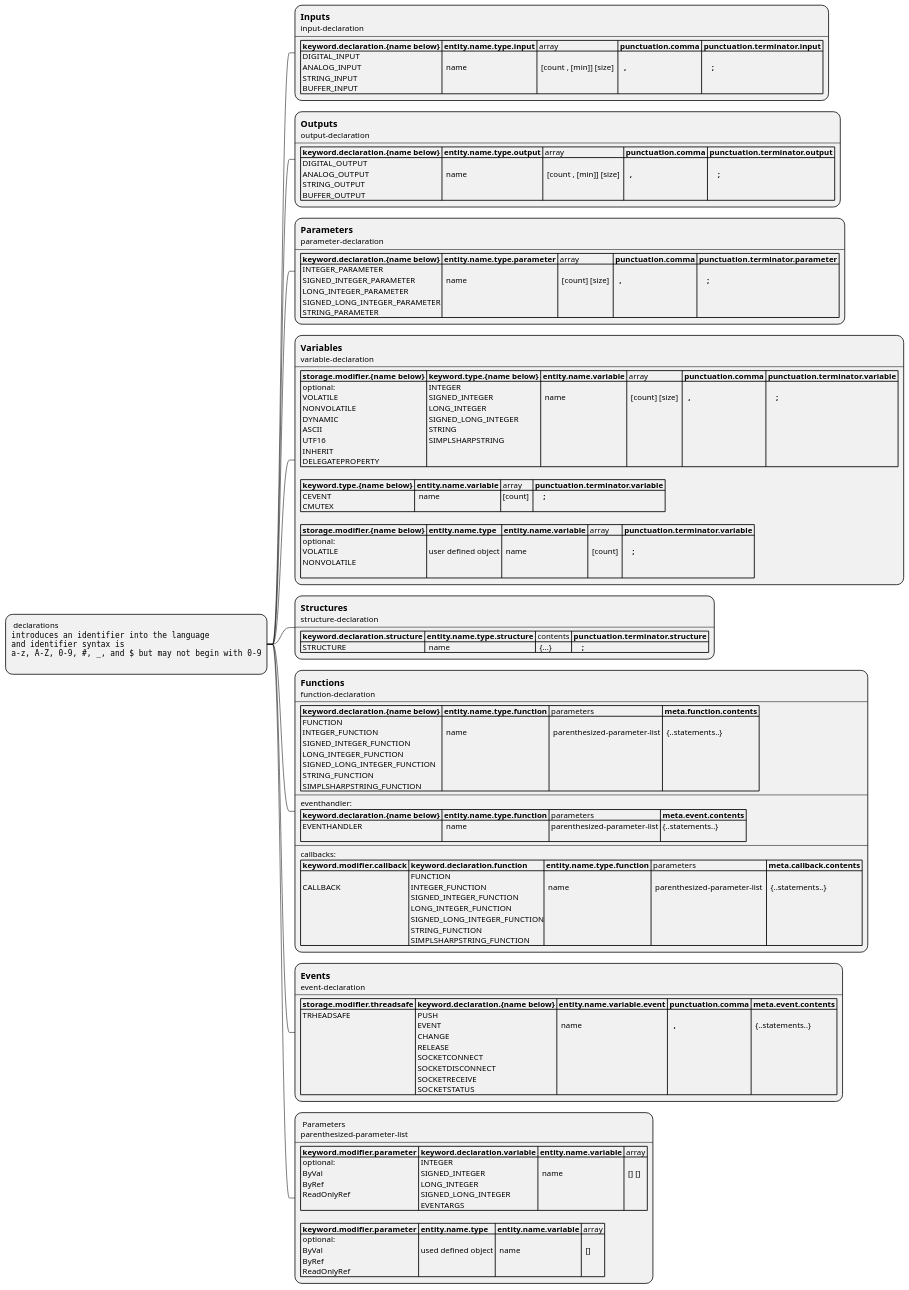
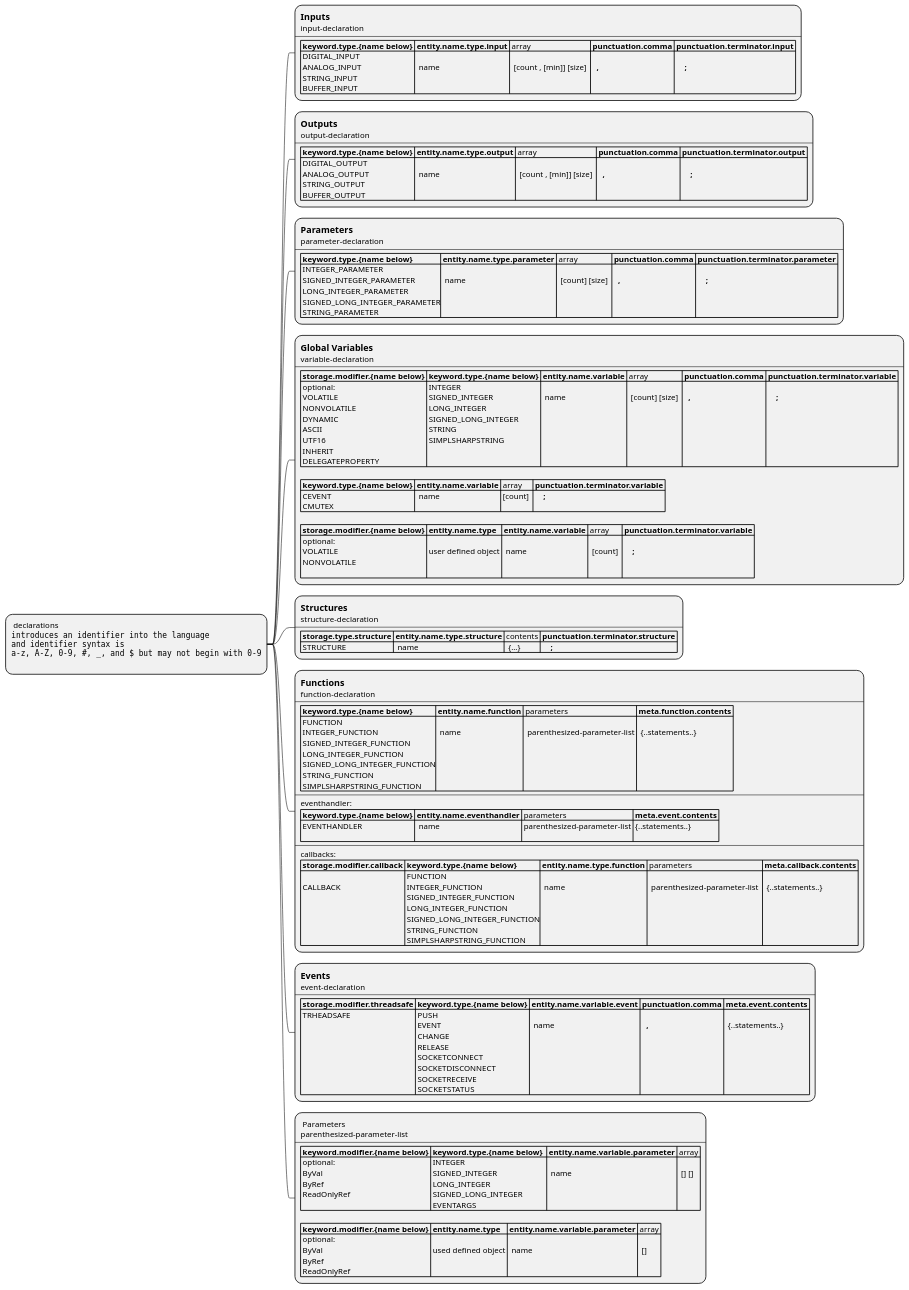
One commit to alvaroyurrita/vscode-crestron-splus changed the diagram in UML/simpl-plus-syntax-mindmap/declarations.puml. Above: the diagram before and after it, drawn with PlantUML. The commit also changed 12 other files, not shown here.

```diff
--- a/UML/simpl-plus-syntax-mindmap/declarations.puml
+++ b/UML/simpl-plus-syntax-mindmap/declarations.puml
@@ -1,78 +1,78 @@
 @startmindmap
 *: declarations
 <code>
 introduces an identifier into the language
 and identifier syntax is
 a-z, A-Z, 0-9, #, _, and $ but may not begin with 0-9
 </code>
 ;
 
 **:== Inputs
 input-declaration
 ----
-|= keyword.declaration.{name below} |= entity.name.type.input | array |= punctuation.comma |= punctuation.terminator.input |
+|= keyword.type.{name below} |= entity.name.type.input | array |= punctuation.comma |= punctuation.terminator.input |
 | DIGITAL_INPUT\n ANALOG_INPUT\n STRING_INPUT\n BUFFER_INPUT |  \n  name  | \n  [count , [min]] [size]  |= \n   , |=  \n     ; |;
 **:== Outputs
 output-declaration
 ----
-|= keyword.declaration.{name below} |= entity.name.type.output | array |= punctuation.comma |= punctuation.terminator.output |
+|= keyword.type.{name below} |= entity.name.type.output | array |= punctuation.comma |= punctuation.terminator.output |
 | DIGITAL_OUTPUT\n ANALOG_OUTPUT\n STRING_OUTPUT\n BUFFER_OUTPUT |  \n  name | \n  [count , [min]] [size]  |= \n   , |=  \n     ; |;
 
 **:== Parameters
 parameter-declaration
 ----
-|= keyword.declaration.{name below} |= entity.name.type.parameter | array |= punctuation.comma |= punctuation.terminator.parameter |
+|= keyword.type.{name below} |= entity.name.type.parameter | array |= punctuation.comma |= punctuation.terminator.parameter |
 | INTEGER_PARAMETER\n SIGNED_INTEGER_PARAMETER\n LONG_INTEGER_PARAMETER\n SIGNED_LONG_INTEGER_PARAMETER\n STRING_PARAMETER  |  \n  name | \n  [count] [size]  |= \n   ,|=  \n     ; |;
 
-**:== Variables
+**:== Global Variables
 variable-declaration
 ----
 |= storage.modifier.{name below} |= keyword.type.{name below} |= entity.name.variable | array |= punctuation.comma |= punctuation.terminator.variable |
 | optional:\n VOLATILE\n NONVOLATILE\n DYNAMIC \n ASCII\n UTF16\n INHERIT\n DELEGATEPROPERTY | INTEGER\n SIGNED_INTEGER\n LONG_INTEGER\n SIGNED_LONG_INTEGER\n STRING\n SIMPLSHARPSTRING|  \n  name | \n  [count] [size]  |= \n   ,|=  \n     ; |
 
 |= keyword.type.{name below} |= entity.name.variable | array |= punctuation.terminator.variable |
 | CEVENT\n CMUTEX |  name  | [count]  |=     ; |
 
 |= storage.modifier.{name below} |= entity.name.type |= entity.name.variable | array |= punctuation.terminator.variable |
 | optional:\n VOLATILE\n NONVOLATILE\n | \n user defined object |  \n  name | \n  [count]  |=  \n     ; |;
 
 
 
 **:== Structures
 structure-declaration
 ----
-|= keyword.declaration.structure |= entity.name.type.structure | contents |= punctuation.terminator.structure |
+|= storage.type.structure |= entity.name.type.structure | contents |= punctuation.terminator.structure |
 | STRUCTURE |  name  |  {...} |=     ; |;
 
 **:== Functions
 function-declaration
 ----
-|= keyword.declaration.{name below} |= entity.name.type.function | parameters |= meta.function.contents |
+|= keyword.type.{name below} |= entity.name.function | parameters |= meta.function.contents |
 | FUNCTION\n INTEGER_FUNCTION\n SIGNED_INTEGER_FUNCTION\n LONG_INTEGER_FUNCTION\n SIGNED_LONG_INTEGER_FUNCTION\n STRING_FUNCTION \n SIMPLSHARPSTRING_FUNCTION  |  \n  name | \n  parenthesized-parameter-list | \n  {..statements..}  |
 ----
 eventhandler:
-|= keyword.declaration.{name below} |= entity.name.type.function | parameters |= meta.event.contents |
+|= keyword.type.{name below} |= entity.name.eventhandler | parameters |= meta.event.contents |
 | EVENTHANDLER\n   |  name | parenthesized-parameter-list | {..statements..}  |
 ----
 callbacks:
-|= keyword.modifier.callback |= keyword.declaration.function |= entity.name.type.function | parameters |= meta.callback.contents |
+|= storage.modifier.callback |= keyword.type.{name below} |= entity.name.type.function | parameters |= meta.callback.contents |
 | \n CALLBACK  | FUNCTION\n INTEGER_FUNCTION\n SIGNED_INTEGER_FUNCTION\n LONG_INTEGER_FUNCTION\n SIGNED_LONG_INTEGER_FUNCTION\n STRING_FUNCTION \n SIMPLSHARPSTRING_FUNCTION | \n  name | \n  parenthesized-parameter-list  | \n  {..statements..}  |;
 
 **:== Events
 event-declaration
 ----
-|= storage.modifier.threadsafe |= keyword.declaration.{name below} |= entity.name.variable.event |= punctuation.comma |= meta.event.contents |
+|= storage.modifier.threadsafe |= keyword.type.{name below} |= entity.name.variable.event |= punctuation.comma |= meta.event.contents |
 | TRHEADSAFE | PUSH\n EVENT\n CHANGE\n RELEASE\n SOCKETCONNECT\n SOCKETDISCONNECT \n SOCKETRECEIVE \n SOCKETSTATUS  |  \n  name |= \n   ,| \n  {..statements..}  |;
 
 
 
 **: Parameters
 parenthesized-parameter-list
 ----
-|= keyword.modifier.parameter |= keyword.declaration.variable |= entity.name.variable | array |
+|= keyword.modifier.{name below} |= keyword.type.{name below}  |= entity.name.variable.parameter | array |
 | optional:\n ByVal\n ByRef\n ReadOnlyRef | INTEGER\n SIGNED_INTEGER\n LONG_INTEGER\n SIGNED_LONG_INTEGER\n EVENTARGS |  \n  name | \n  [] []  |
 
-|= keyword.modifier.parameter |= entity.name.type |= entity.name.variable | array |
+|= keyword.modifier.{name below} |= entity.name.type |= entity.name.variable.parameter | array |
 | optional:\n ByVal\n ByRef\n ReadOnlyRef | \n used defined object |  \n  name | \n  []  |;
 
 @endmindmap
```
